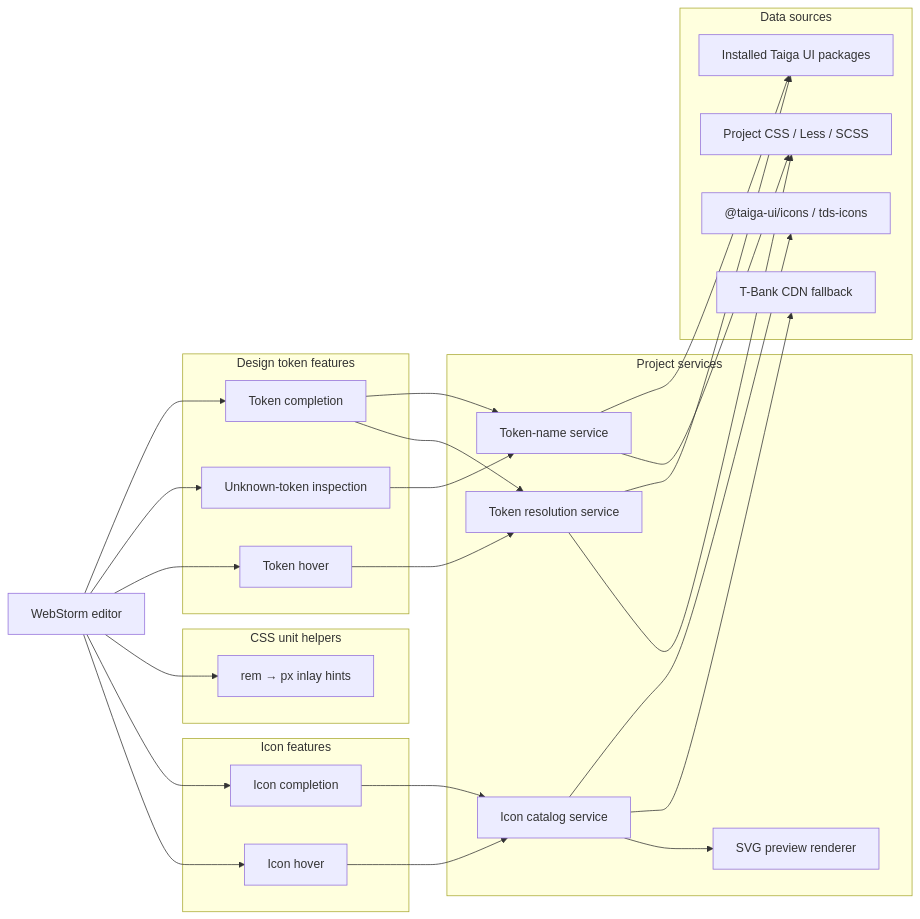
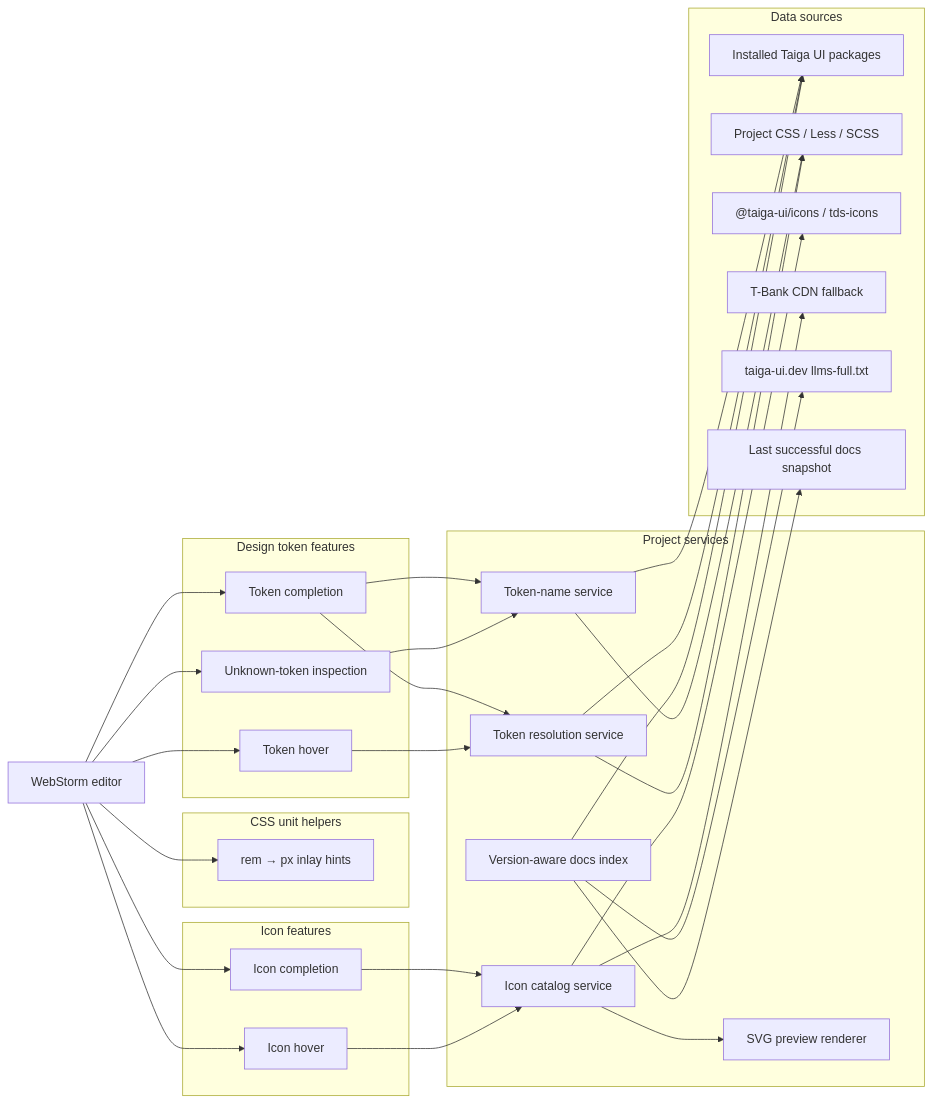
One commit to splincode-taiga-labs/taiga-design-tokens-plugin changed the first of 4 diagrams in docs/ARCHITECTURE.md. Above: the diagram before and after it, drawn with Mermaid. The commit also changed other lines of this file, not shown here.

Commit message:
docs: document Taiga UI docs index architecture

````diff
--- a/docs/ARCHITECTURE.md
+++ b/docs/ARCHITECTURE.md
@@ -11,56 +11,63 @@
 ```mermaid
 flowchart LR
     Editor["WebStorm editor"]
 
     subgraph TokenFeatures["Design token features"]
         TokenCompletion["Token completion"]
         TokenInspection["Unknown-token inspection"]
         TokenHover["Token hover"]
     end
 
     subgraph UnitFeatures["CSS unit helpers"]
         RemInlay["rem → px inlay hints"]
     end
 
     subgraph IconFeatures["Icon features"]
         IconCompletion["Icon completion"]
         IconHover["Icon hover"]
     end
 
     subgraph Services["Project services"]
         TokenNames["Token-name service"]
         TokenResolution["Token resolution service"]
         IconCatalog["Icon catalog service"]
         IconRenderer["SVG preview renderer"]
+        DocsIndex["Version-aware docs index"]
     end
 
     subgraph Sources["Data sources"]
         Packages["Installed Taiga UI packages"]
         ProjectStyles["Project CSS / Less / SCSS"]
         LocalIcons["@taiga-ui/icons / tds-icons"]
         IconCdn["T-Bank CDN fallback"]
+        OfficialDocs["taiga-ui.dev llms-full.txt"]
+        DocsDiskCache["Last successful docs snapshot"]
     end
 
     Editor --> TokenCompletion
     Editor --> TokenInspection
     Editor --> TokenHover
     Editor --> RemInlay
     Editor --> IconCompletion
     Editor --> IconHover
 
     TokenCompletion --> TokenNames
     TokenInspection --> TokenNames
     TokenCompletion --> TokenResolution
     TokenHover --> TokenResolution
 
     TokenNames --> Packages
     TokenNames --> ProjectStyles
     TokenResolution --> Packages
     TokenResolution --> ProjectStyles
 
     IconCompletion --> IconCatalog
     IconHover --> IconCatalog
     IconCatalog --> LocalIcons
     IconCatalog --> IconCdn
     IconCatalog --> IconRenderer
+
+    DocsIndex --> Packages
+    DocsIndex --> OfficialDocs
+    DocsIndex --> DocsDiskCache
 ```
````
